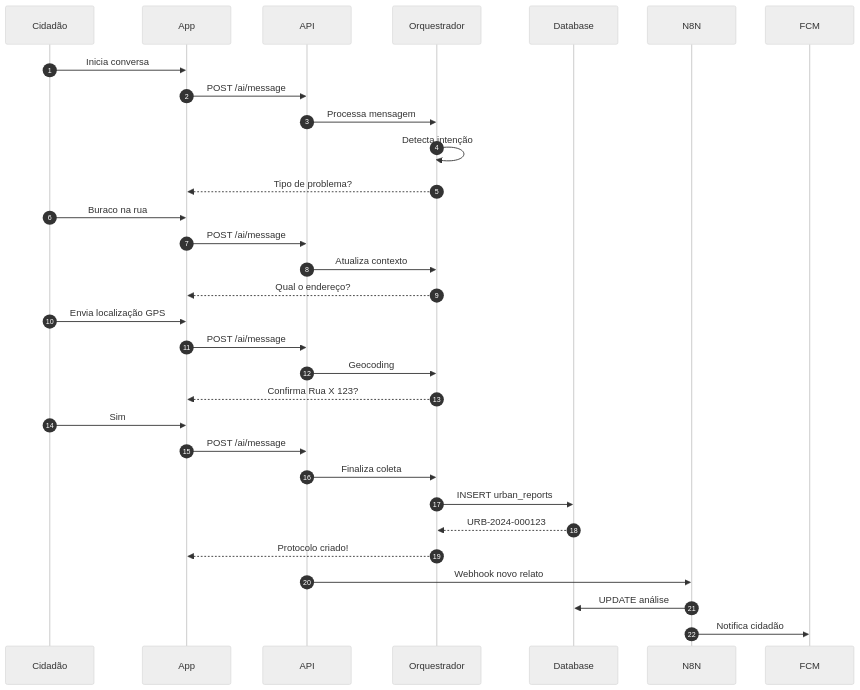
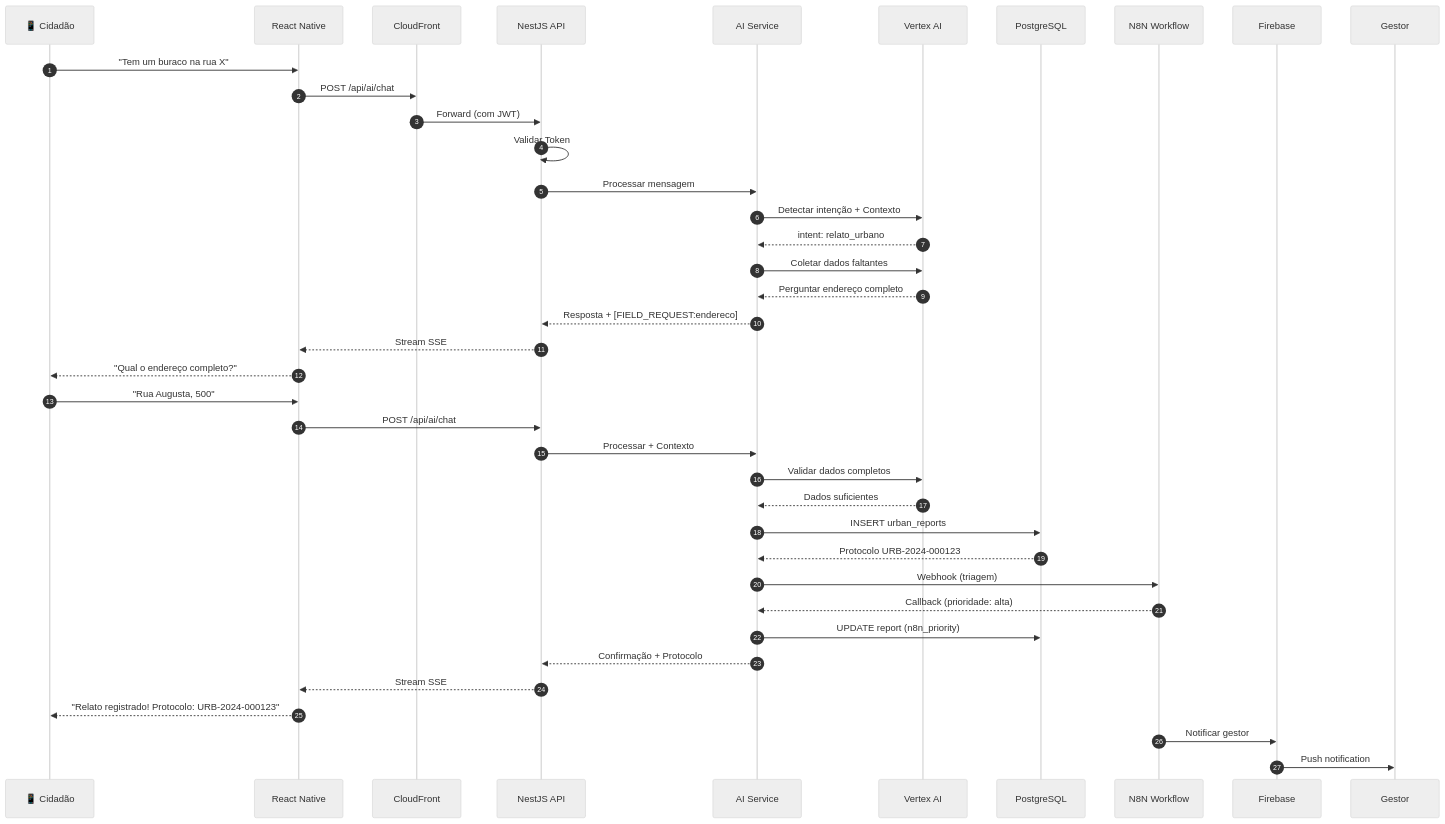
One commit to MTechnologia/camana-na-mao changed the seventh of 33 diagrams in docs/ESCOPO_E_ARQUITETURA_CAMARA_NA_MAO.md. Above: the diagram before and after it, drawn with Mermaid (neutral theme). The commit also changed other lines of this file, not shown here.

````diff
--- a/docs/ESCOPO_E_ARQUITETURA_CAMARA_NA_MAO.md
+++ b/docs/ESCOPO_E_ARQUITETURA_CAMARA_NA_MAO.md
@@ -307,34 +487,43 @@
 ```mermaid
 sequenceDiagram
     autonumber
-    participant U as Cidadão
-    participant App as App
-    participant API as API
-    participant AI as Orquestrador
-    participant DB as Database
-    participant N8N as N8N
-    participant Push as FCM
-
-    U->>App: Inicia conversa
-    App->>API: POST /ai/message
-    API->>AI: Processa mensagem
-    AI->>AI: Detecta intenção
-    AI-->>App: Tipo de problema?
-    U->>App: Buraco na rua
-    App->>API: POST /ai/message
-    API->>AI: Atualiza contexto
-    AI-->>App: Qual o endereço?
-    U->>App: Envia localização GPS
-    App->>API: POST /ai/message
-    API->>AI: Geocoding
-    AI-->>App: Confirma Rua X 123?
-    U->>App: Sim
-    App->>API: POST /ai/message
-    API->>AI: Finaliza coleta
+    participant C as 📱 Cidadão
+    participant App as React Native
+    participant CDN as CloudFront
+    participant API as NestJS API
+    participant AI as AI Service
+    participant Gemini as Vertex AI
+    participant DB as PostgreSQL
+    participant N8N as N8N Workflow
+    participant FCM as Firebase
+    
+    C->>App: "Tem um buraco na rua X"
+    App->>CDN: POST /api/ai/chat
+    CDN->>API: Forward (com JWT)
+    API->>API: Validar Token
+    API->>AI: Processar mensagem
+    AI->>Gemini: Detectar intenção + Contexto
+    Gemini-->>AI: intent: relato_urbano
+    AI->>Gemini: Coletar dados faltantes
+    Gemini-->>AI: Perguntar endereço completo
+    AI-->>API: Resposta + [FIELD_REQUEST:endereco]
+    API-->>App: Stream SSE
+    App-->>C: "Qual o endereço completo?"
+    
+    C->>App: "Rua Augusta, 500"
+    App->>API: POST /api/ai/chat
+    API->>AI: Processar + Contexto
+    AI->>Gemini: Validar dados completos
+    Gemini-->>AI: Dados suficientes
     AI->>DB: INSERT urban_reports
-    DB-->>AI: URB-2024-000123
-    AI-->>App: Protocolo criado!
-    API->>N8N: Webhook novo relato
-    N8N->>DB: UPDATE análise
-    N8N->>Push: Notifica cidadão
+    DB-->>AI: Protocolo URB-2024-000123
+    AI->>N8N: Webhook (triagem)
+    N8N-->>AI: Callback (prioridade: alta)
+    AI->>DB: UPDATE report (n8n_priority)
+    AI-->>API: Confirmação + Protocolo
+    API-->>App: Stream SSE
+    App-->>C: "Relato registrado! Protocolo: URB-2024-000123"
+    
+    N8N->>FCM: Notificar gestor
+    FCM->>Gestor: Push notification
 ```
````
